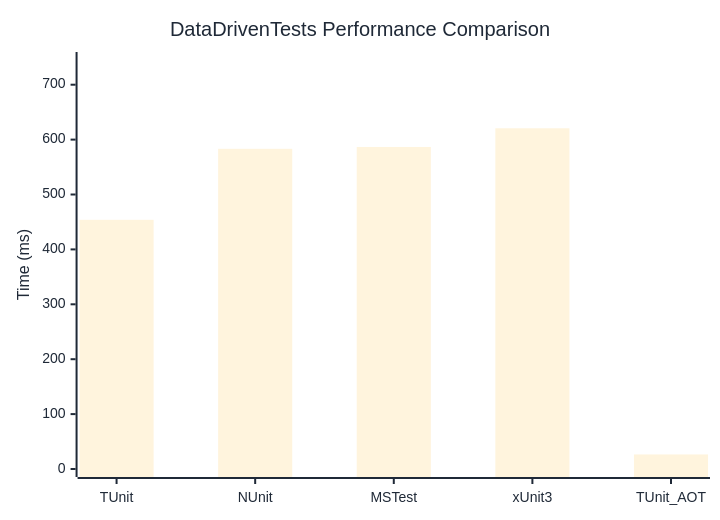
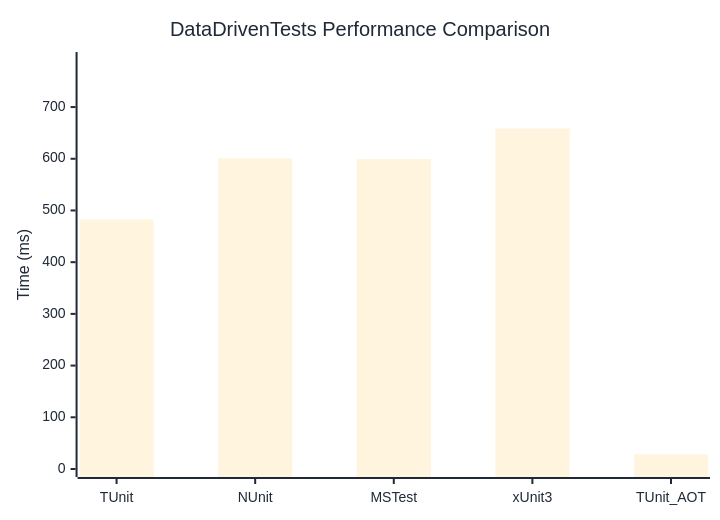
The diagram in docs/docs/benchmarks/DataDrivenTests.md (thomhurst/TUnit), drawn with Mermaid before and after one commit. The commit also changed other lines of this file and 17 other files, not shown here.

````diff
--- a/docs/docs/benchmarks/DataDrivenTests.md
+++ b/docs/docs/benchmarks/DataDrivenTests.md
@@ -27,37 +27,37 @@
 ```mermaid
 %%{init: {
   'theme':'base',
   'themeVariables': {
     'primaryColor': '#2563eb',
     'primaryTextColor': '#1f2937',
     'primaryBorderColor': '#1e40af',
     'lineColor': '#6b7280',
     'secondaryColor': '#7c3aed',
     'tertiaryColor': '#dc2626',
     'background': '#ffffff',
     'mainBkg': '#2563eb',
     'secondBkg': '#7c3aed',
     'tertiaryBkg': '#dc2626',
     'clusterBkg': '#f3f4f6',
     'edgeLabelBackground': '#ffffff',
     'tertiaryTextColor': '#1f2937',
     'pie1': '#2563eb',
     'pie2': '#7c3aed',
     'pie3': '#dc2626',
     'pie4': '#f59e0b',
     'pie5': '#10b981',
     'pie6': '#06b6d4',
     'pie7': '#ec4899',
     'pie8': '#6366f1',
     'pie9': '#84cc16',
     'pie10': '#f97316',
     'pie11': '#14b8a6',
     'pie12': '#a855f7'
   }
 }}%%
 xychart-beta
   title "DataDrivenTests Performance Comparison"
   x-axis ["TUnit", "NUnit", "MSTest", "xUnit3", "TUnit_AOT"]
-  y-axis "Time (ms)" 0 --> 745
-  bar [453.91, 583.24, 586.6, 620.66, 26.49]
+  y-axis "Time (ms)" 0 --> 791
+  bar [482.46, 600.7, 599.21, 658.53, 28.32]
 ```
````
